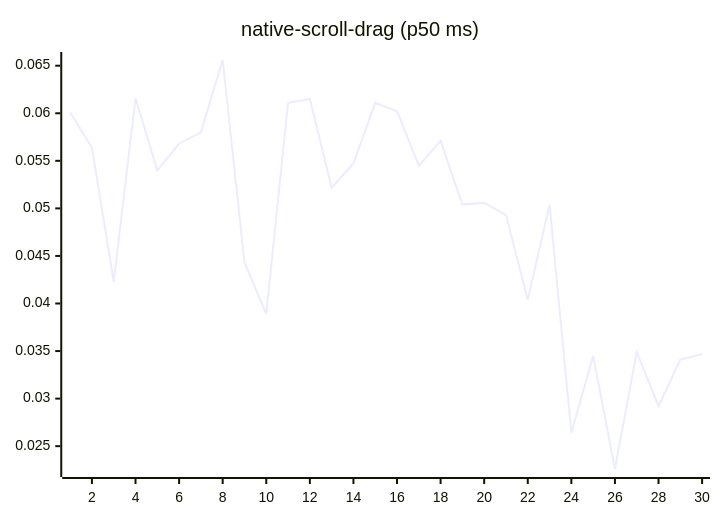
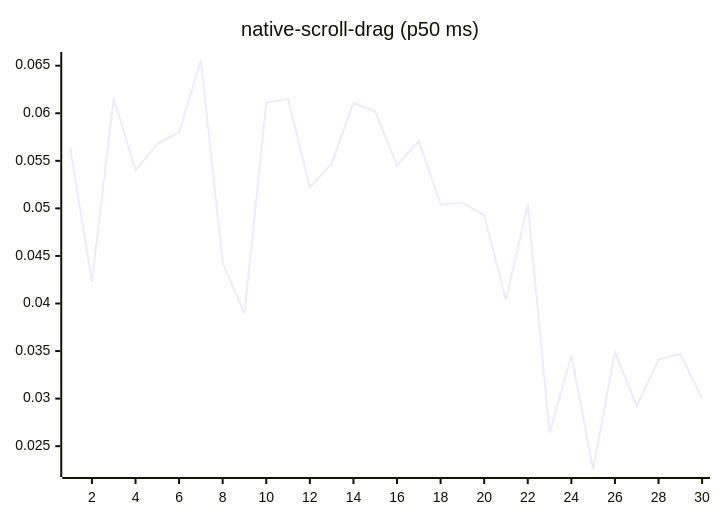
Before and after one commit to josha/Facet: diagram 14 of 27 in README.md, drawn with Mermaid. The commit also changed other lines of this file and 2 other files, not shown here.

````diff
--- a/README.md
+++ b/README.md
@@ -154,6 +154,6 @@
 ```mermaid
 xychart-beta
     title "native-scroll-drag (p50 ms)"
     x-axis 1 --> 30
-    line [0.0601, 0.0564, 0.0423, 0.0616, 0.0540, 0.0568, 0.0580, 0.0656, 0.0443, 0.0389, 0.0611, 0.0615, 0.0522, 0.0547, 0.0611, 0.0602, 0.0545, 0.0571, 0.0504, 0.0506, 0.0493, 0.0404, 0.0504, 0.0264, 0.0345, 0.0226, 0.0349, 0.0292, 0.0341, 0.0347]
+    line [0.0564, 0.0423, 0.0616, 0.0540, 0.0568, 0.0580, 0.0656, 0.0443, 0.0389, 0.0611, 0.0615, 0.0522, 0.0547, 0.0611, 0.0602, 0.0545, 0.0571, 0.0504, 0.0506, 0.0493, 0.0404, 0.0504, 0.0264, 0.0345, 0.0226, 0.0349, 0.0292, 0.0341, 0.0347, 0.0300]
 ```
````
